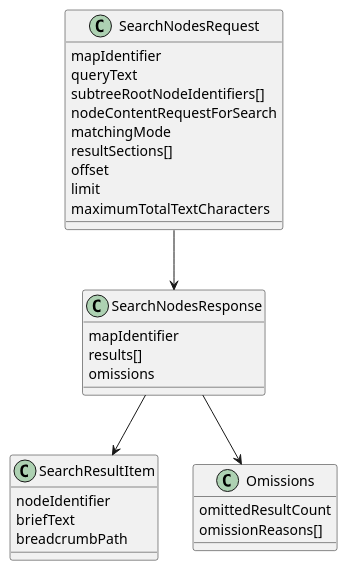
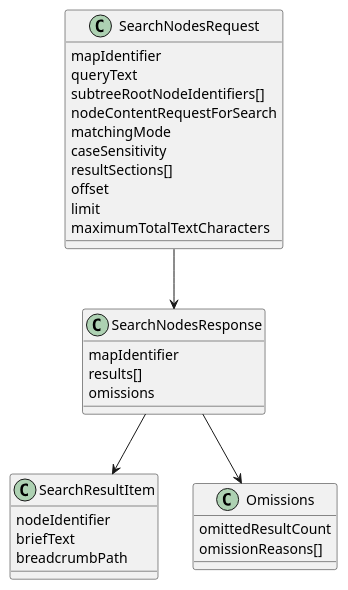
Diagram 12 of 13 in freeplane_plugin_ai/specs/sprints/sprint-002.md (guoranjun2/nexordia), drawn with PlantUML before and after one commit. The commit also changed other lines of this file and 15 other files, not shown here.

````diff
--- a/freeplane_plugin_ai/specs/sprints/sprint-002.md
+++ b/freeplane_plugin_ai/specs/sprints/sprint-002.md
@@ -528,33 +536,34 @@
 ```plantuml
 @startuml
 class SearchNodesRequest {
   mapIdentifier
   queryText
   subtreeRootNodeIdentifiers[]
   nodeContentRequestForSearch
   matchingMode
+  caseSensitivity
   resultSections[]
   offset
   limit
   maximumTotalTextCharacters
 }
 class SearchNodesResponse {
   mapIdentifier
   results[]
   omissions
 }
 class SearchResultItem {
   nodeIdentifier
   briefText
   breadcrumbPath
 }
 class Omissions {
   omittedResultCount
   omissionReasons[]
 }
 
 SearchNodesRequest --> SearchNodesResponse
 SearchNodesResponse --> SearchResultItem
 SearchNodesResponse --> Omissions
 @enduml
 ```
````
